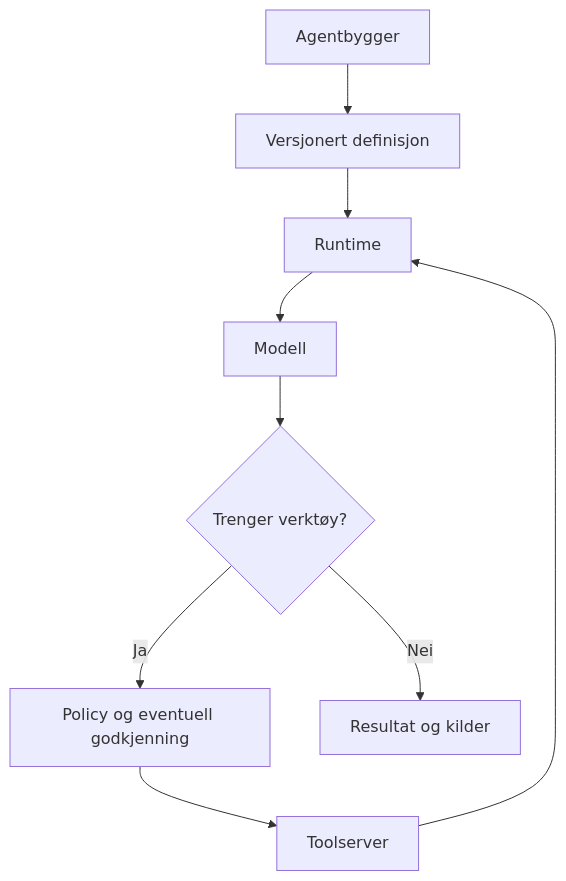
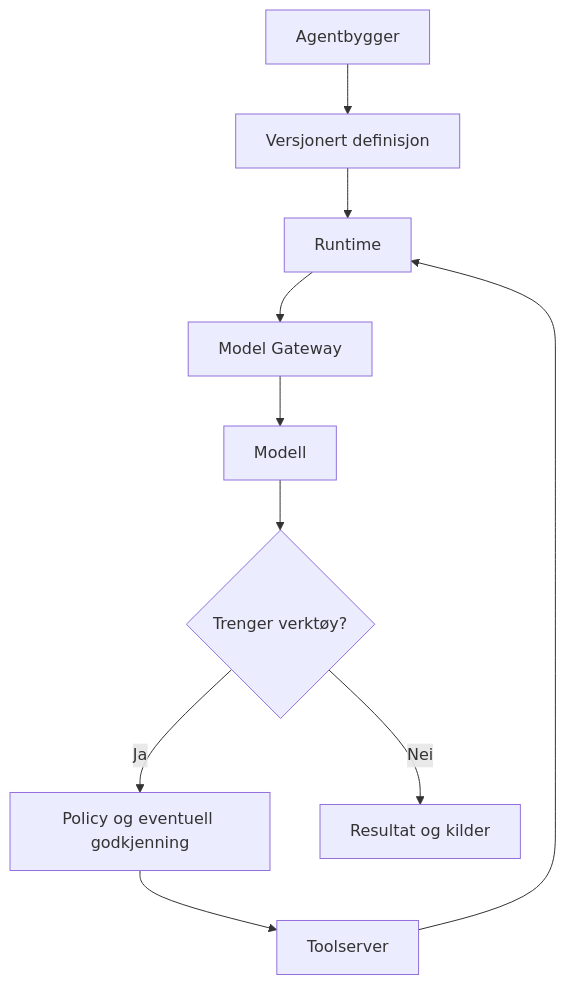
One commit to IvarRosenbergHVL/hvl-ki-documentation changed the diagram in docs/utviklere/agenter.mdx. Above: the diagram before and after it, drawn with Mermaid. The commit also changed other lines of this file and 13 other files, not shown here.

````diff
--- a/docs/utviklere/agenter.mdx
+++ b/docs/utviklere/agenter.mdx
@@ -18,11 +18,12 @@
 ```mermaid
 flowchart TD
  A[Agentbygger] --> D[Versjonert definisjon]
  D --> R[Runtime]
- R --> M[Modell]
+ R --> G[Model Gateway]
+ G --> M[Modell]
  M --> Q{Trenger verktøy?}
  Q -->|Ja| P[Policy og eventuell godkjenning]
  P --> T[Toolserver]
  T --> R
  Q -->|Nei| S[Resultat og kilder]
 ```
````
